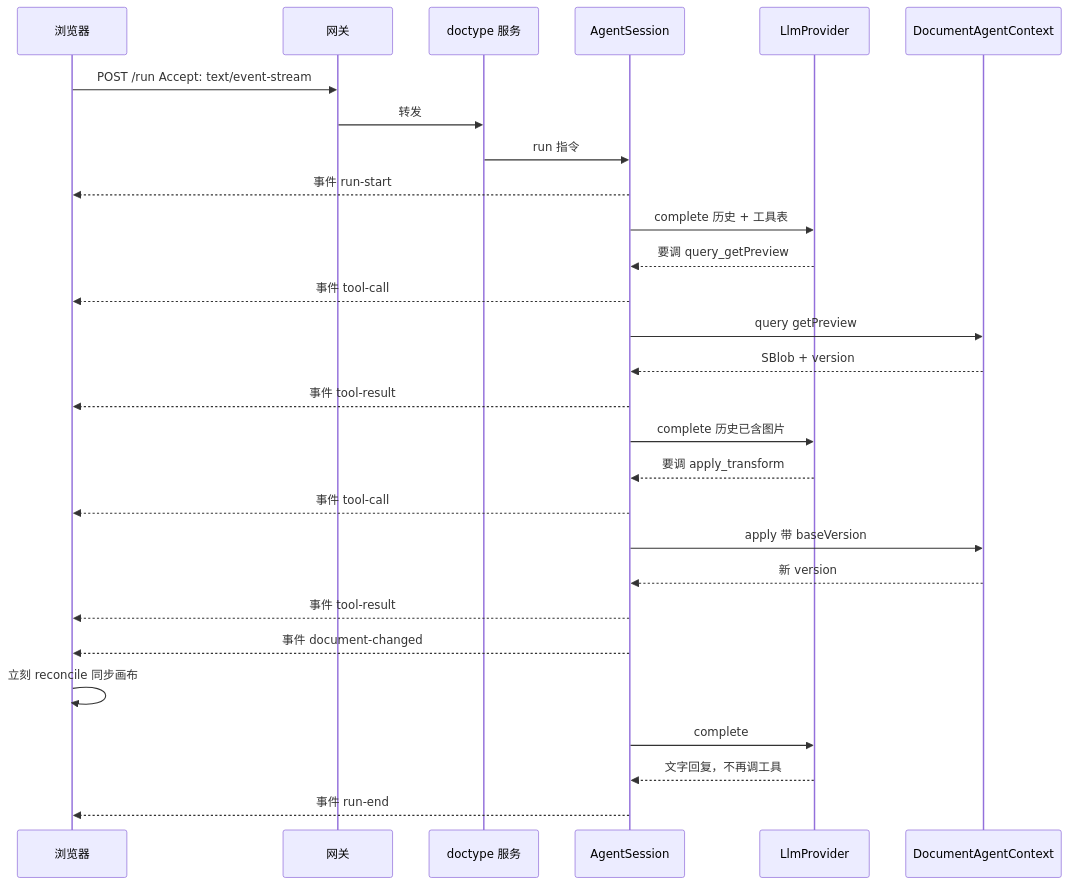
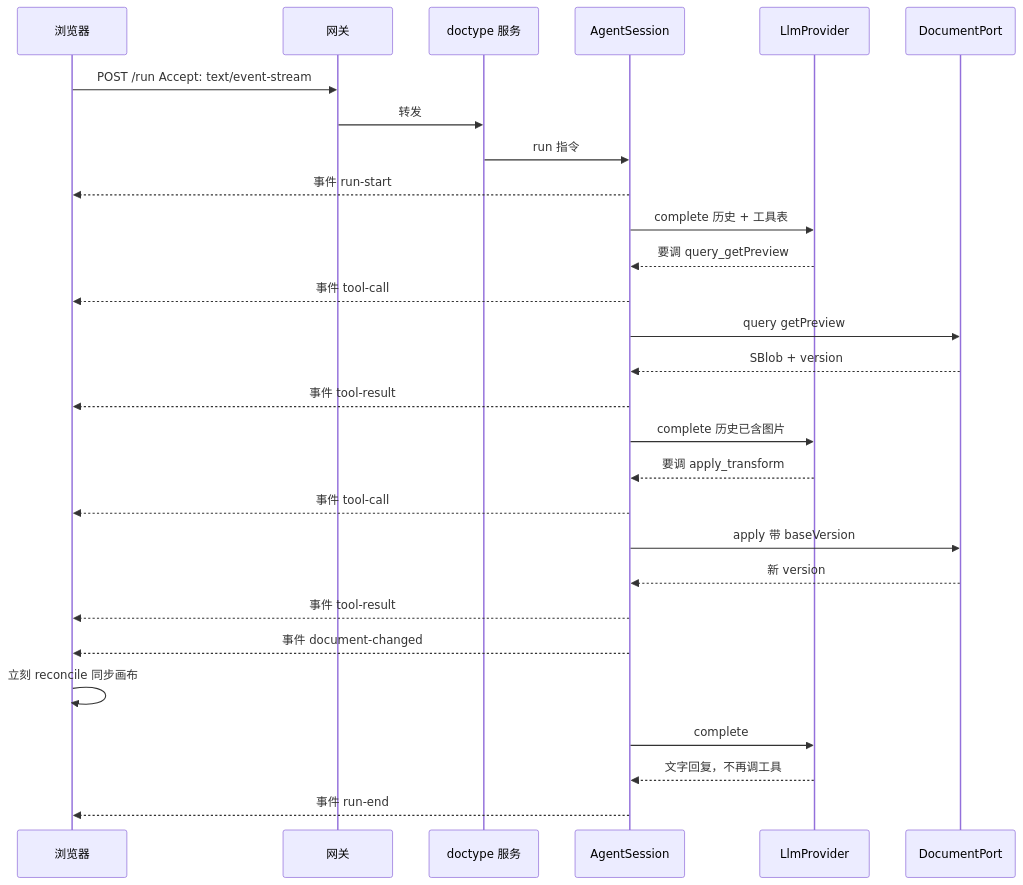
One commit to shazhou-ww/unidocs changed diagram 11 of 14 in docs/superpowers/specs/2026-08-26-agent-sdk-design.md. Above: the diagram before and after it, drawn with Mermaid. The commit also changed other lines of this file, not shown here.

First line of the commit message:
docs(agent-sdk): 工具分发退出内核范围,上边界沿用已有的 DocumentAgent

````diff
--- a/docs/superpowers/specs/2026-08-26-agent-sdk-design.md
+++ b/docs/superpowers/specs/2026-08-26-agent-sdk-design.md
@@ -817,35 +821,35 @@
 ```mermaid
 sequenceDiagram
     participant B as 浏览器
     participant G as 网关
     participant W as doctype 服务
     participant S as AgentSession
     participant L as LlmProvider
-    participant C as DocumentAgentContext
+    participant C as DocumentPort
 
     B->>G: POST /run  Accept: text/event-stream
     G->>W: 转发
     W->>S: run 指令
     S-->>B: 事件 run-start
 
     S->>L: complete 历史 + 工具表
     L-->>S: 要调 query_getPreview
     S-->>B: 事件 tool-call
 
     S->>C: query getPreview
     C-->>S: SBlob + version
     S-->>B: 事件 tool-result
 
     S->>L: complete 历史已含图片
     L-->>S: 要调 apply_transform
     S-->>B: 事件 tool-call
     S->>C: apply 带 baseVersion
     C-->>S: 新 version
     S-->>B: 事件 tool-result
     S-->>B: 事件 document-changed
     B->>B: 立刻 reconcile 同步画布
 
     S->>L: complete
     L-->>S: 文字回复，不再调工具
     S-->>B: 事件 run-end
 ```
````
